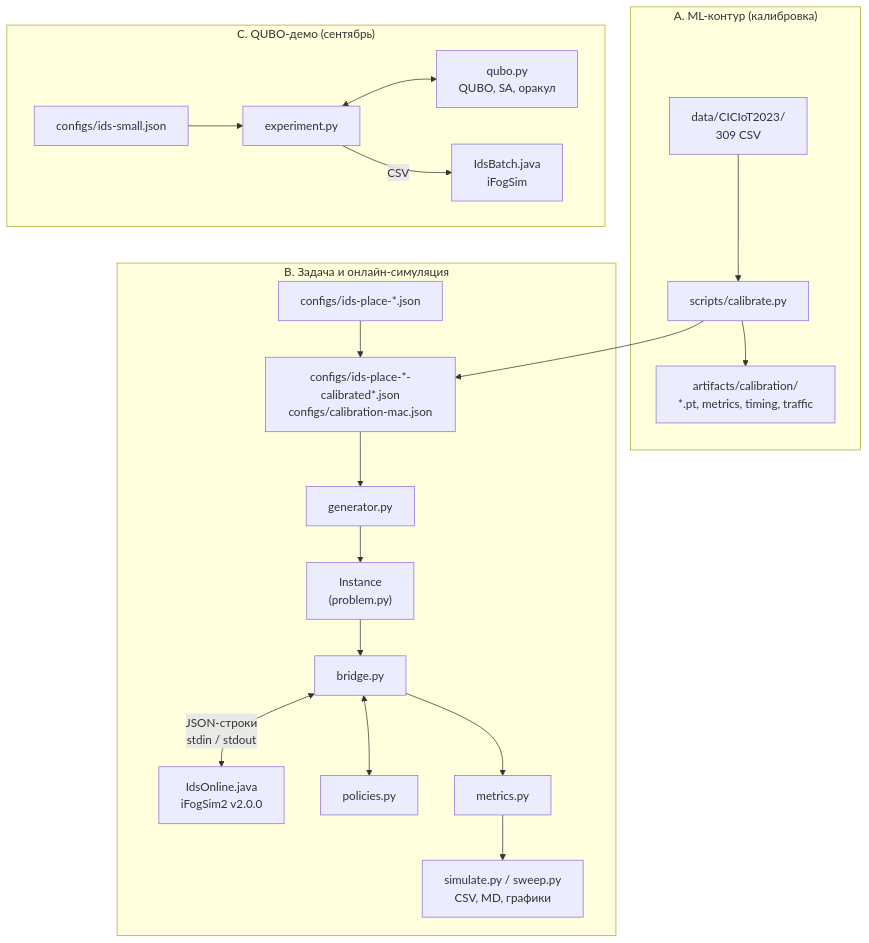
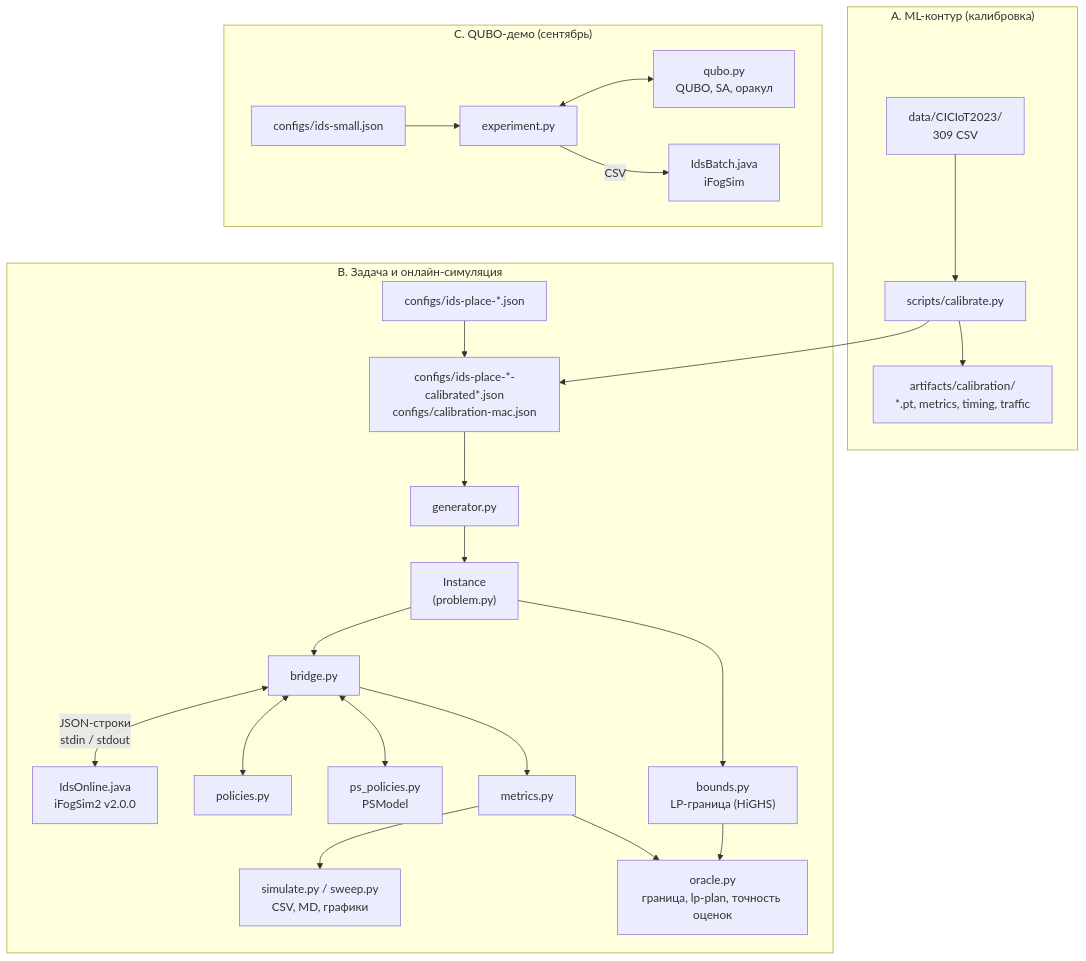
The first of 2 diagrams in docs/architecture.md (Yedman3585/Cloud-Research-), drawn with Mermaid before and after one commit. The commit also changed other lines of this file and 5 other files, not shown here.

Commit message:
Add a processor-sharing model of the simulator and ps-greedy; architecture and research overview docs

````diff
--- a/docs/architecture.md
+++ b/docs/architecture.md
@@ -16,21 +16,25 @@
 ```mermaid
 flowchart TB
     subgraph A["A. ML-контур (калибровка)"]
         D["data/CICIoT2023/<br/>309 CSV"] --> CAL["scripts/calibrate.py"]
         CAL --> W["artifacts/calibration/<br/>*.pt, metrics, timing, traffic"]
     end
     subgraph B["B. Задача и онлайн-симуляция"]
         BASE["configs/ids-place-*.json"] --> CFG
         CAL --> CFG["configs/ids-place-*-calibrated*.json<br/>configs/calibration-mac.json"]
         CFG --> GEN["generator.py"] --> INST["Instance<br/>(problem.py)"]
         INST --> BR["bridge.py"]
         BR <-->|"JSON-строки<br/>stdin / stdout"| J["IdsOnline.java<br/>iFogSim2 v2.0.0"]
         BR <--> POL["policies.py"]
+        BR <--> PSP["ps_policies.py<br/>PSModel"]
         BR --> MET["metrics.py"] --> SW["simulate.py / sweep.py<br/>CSV, MD, графики"]
+        INST --> BND["bounds.py<br/>LP-граница (HiGHS)"]
+        BND --> ORC["oracle.py<br/>граница, lp-plan, точность оценок"]
+        MET --> ORC
     end
     subgraph C["C. QUBO-демо (сентябрь)"]
         SC["configs/ids-small.json"] --> EXP["experiment.py"]
         EXP <--> Q["qubo.py<br/>QUBO, SA, оракул"]
         EXP -->|"CSV"| JB["IdsBatch.java<br/>iFogSim"]
     end
 ```
````
